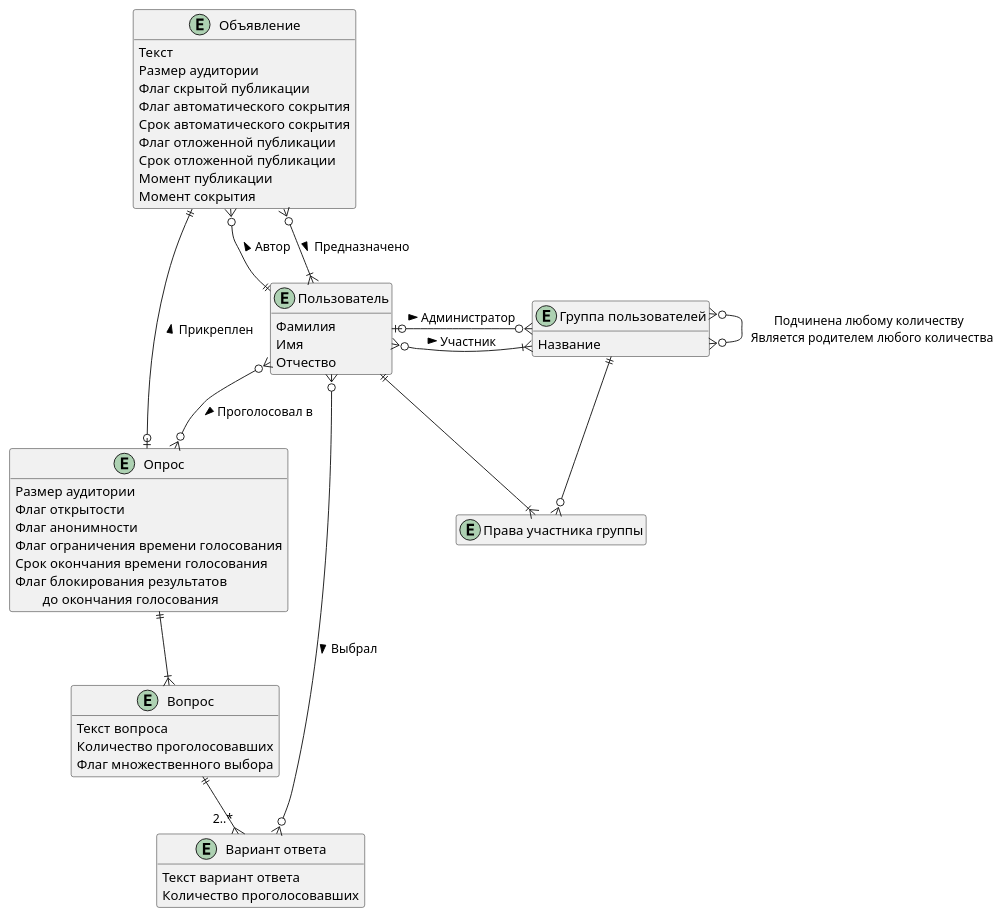
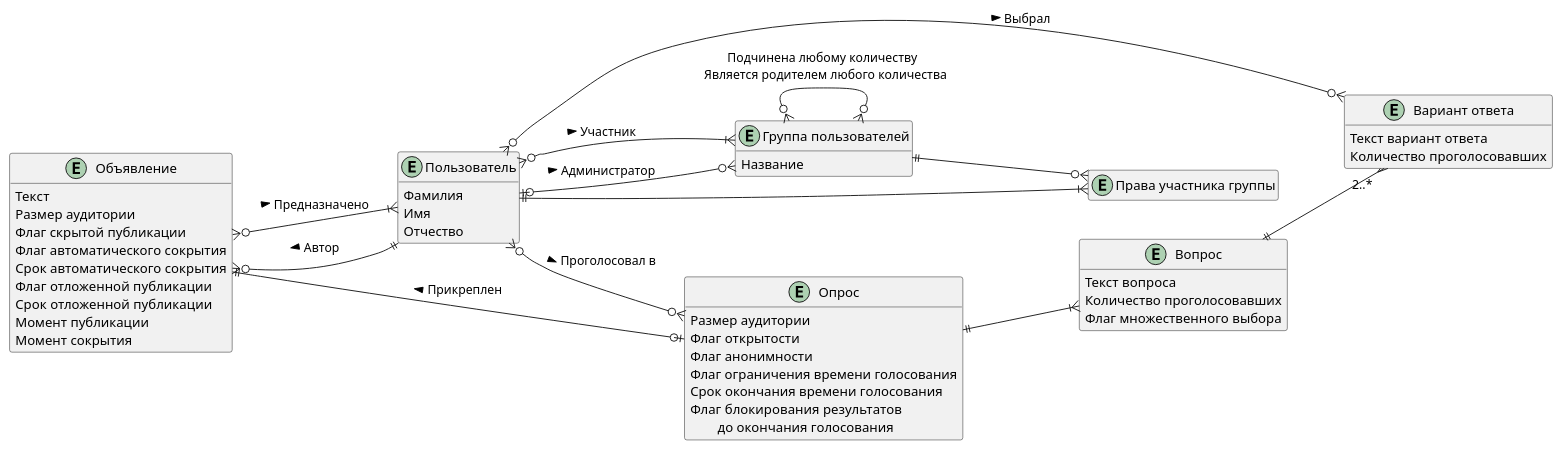
The diagram in doc/диаграммы/сущность-связь.puml (astu-app/ASTU-Bulletin-Board-Server), drawn with PlantUML before and after one commit. The commit also changed 3 other files, not shown here.

Commit message:
мелкие правки в диаграммах

```diff
--- a/doc/диаграммы/сущность-связь.puml
+++ b/doc/диаграммы/сущность-связь.puml
@@ -1,65 +1,66 @@
 @startuml
 'https://plantuml.com/class-diagram
 
 hide methods
+left to right direction
 
 entity "Пользователь" as user {
     Фамилия
     Имя
     Отчество
 }
 
 entity "Объявление" as announcement { 
     Текст
     Размер аудитории
     Флаг скрытой публикации
     Флаг автоматического сокрытия
     Срок автоматического сокрытия
     Флаг отложенной публикации
     Срок отложенной публикации
     Момент публикации
     Момент сокрытия
 }
 announcement }o--|| user : < Автор
 announcement }o--|{ user : > Предназначено
 
 entity "Опрос" as survey {
     Размер аудитории
     Флаг открытости
     Флаг анонимности
     Флаг ограничения времени голосования
     Срок окончания времени голосования
     Флаг блокирования результатов\n        до окончания голосования
 }
 announcement ||--o| survey : < Прикреплен
 user }o--o{ survey : > Проголосовал в
 
 entity "Вопрос" as question {
     Текст вопроса
     Количество проголосовавших
     Флаг множественного выбора
 }
 survey ||--|{ question
 
 entity "Вариант ответа" as answer {
     Текст вариант ответа
     Количество проголосовавших
 }
 question ||--{ "2..*" answer
 user }o--o{ answer : > Выбрал
 
 entity "Группа пользователей" as userGroup { 
     Название
 }
 user }o--|{ userGroup : > Участник
-user |o-right-o{ userGroup : > Администратор
+user |o--o{ userGroup : > Администратор
 userGroup }o--o{ userGroup : Подчинена любому количеству \n Является родителем любого количества
 
 entity "Права участника группы" as memberRights {}
 hide memberRights members
 user ||--|{ memberRights
 userGroup ||--o{ memberRights
 
 
 
 @enduml
```
